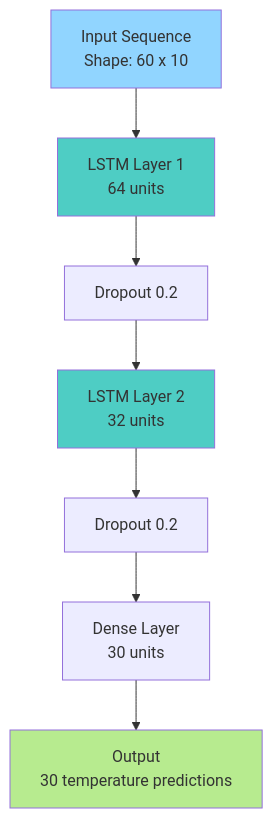
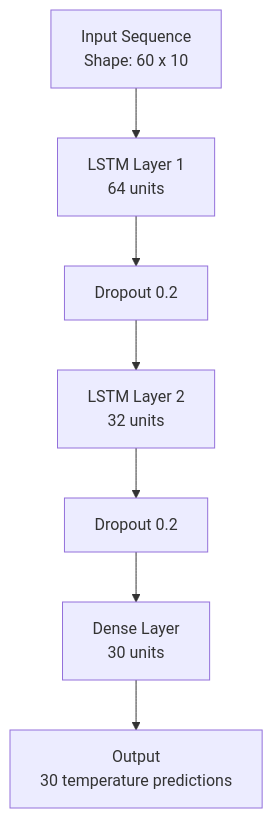
Before and after one commit to Divesh-Kshirsagar/BIMCS: the sixth of 6 diagrams in docs/backend.md, drawn with Mermaid. The commit also changed other lines of this file and 7 other files, not shown here.

Commit message:
refactor: remove unnecessary style definitions from documentation diagrams

````diff
--- a/docs/backend.md
+++ b/docs/backend.md
@@ -400,14 +392,10 @@
 ```mermaid
 graph TB
     Input[Input Sequence<br/>Shape: 60 x 10] --> LSTM1[LSTM Layer 1<br/>64 units]
     LSTM1 --> Drop1[Dropout 0.2]
     Drop1 --> LSTM2[LSTM Layer 2<br/>32 units]
     LSTM2 --> Drop2[Dropout 0.2]
     Drop2 --> Dense[Dense Layer<br/>30 units]
     Dense --> Output[Output<br/>30 temperature predictions]
-    
-    style Input fill:#91d5ff
-    style LSTM1 fill:#4ecdc4
-    style LSTM2 fill:#4ecdc4
-    style Output fill:#b7eb8f
+
 ```
````
